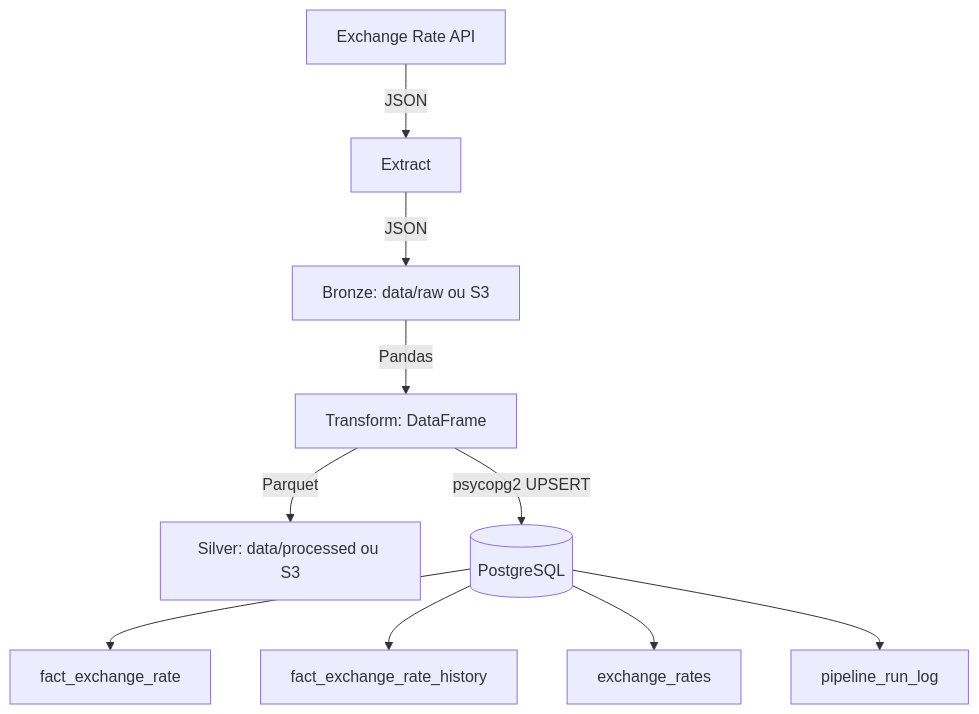
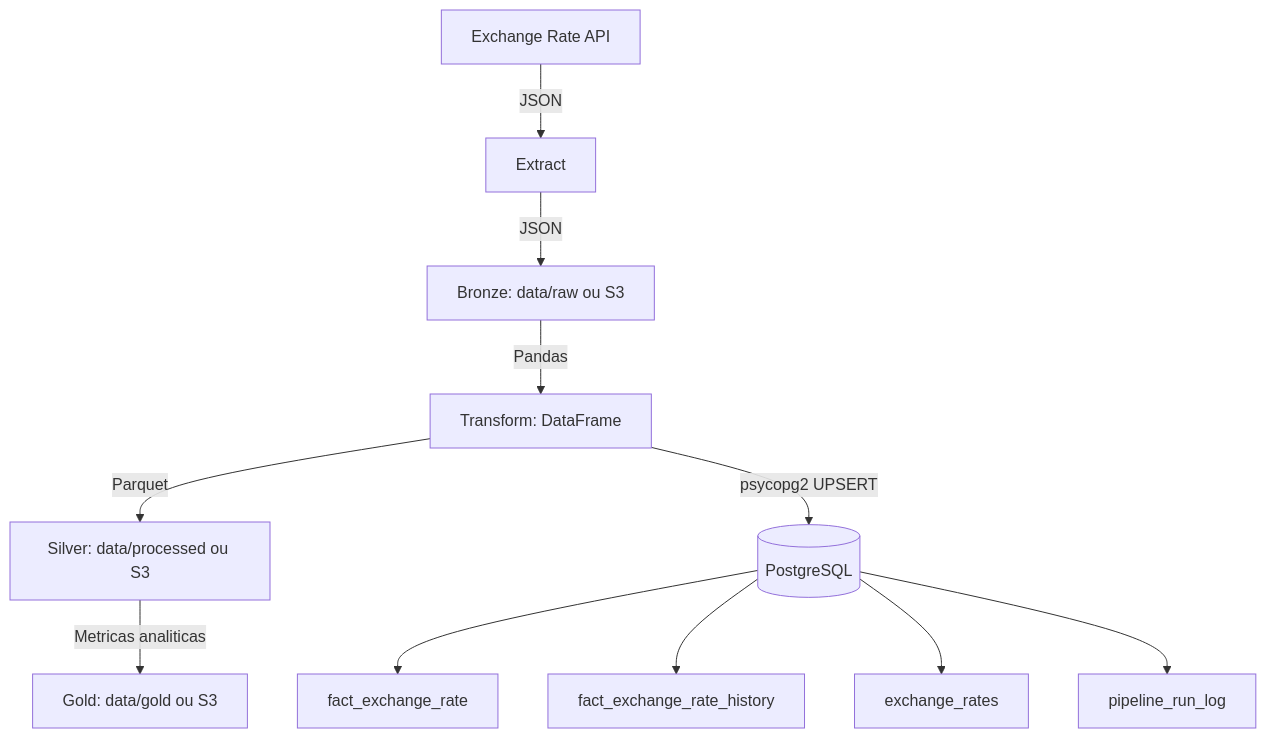
The diagram in README.md (eduardo-wenzel/brics-currency-data-pipeline), drawn with Mermaid before and after one commit. The commit also changed other lines of this file and 18 other files, not shown here.

````diff
--- a/README.md
+++ b/README.md
@@ -31,13 +32,14 @@
 ```mermaid
 graph TD
     A[Exchange Rate API] -->|JSON| B[Extract]
     B -->|JSON| C[Bronze: data/raw ou S3]
     C -->|Pandas| D[Transform: DataFrame]
     D -->|Parquet| E[Silver: data/processed ou S3]
+    E -->|Metricas analiticas| K[Gold: data/gold ou S3]
     D -->|psycopg2 UPSERT| F[(PostgreSQL)]
 
     F --> G[fact_exchange_rate]
     F --> H[fact_exchange_rate_history]
     F --> I[exchange_rates]
     F --> J[pipeline_run_log]
 ```
````
